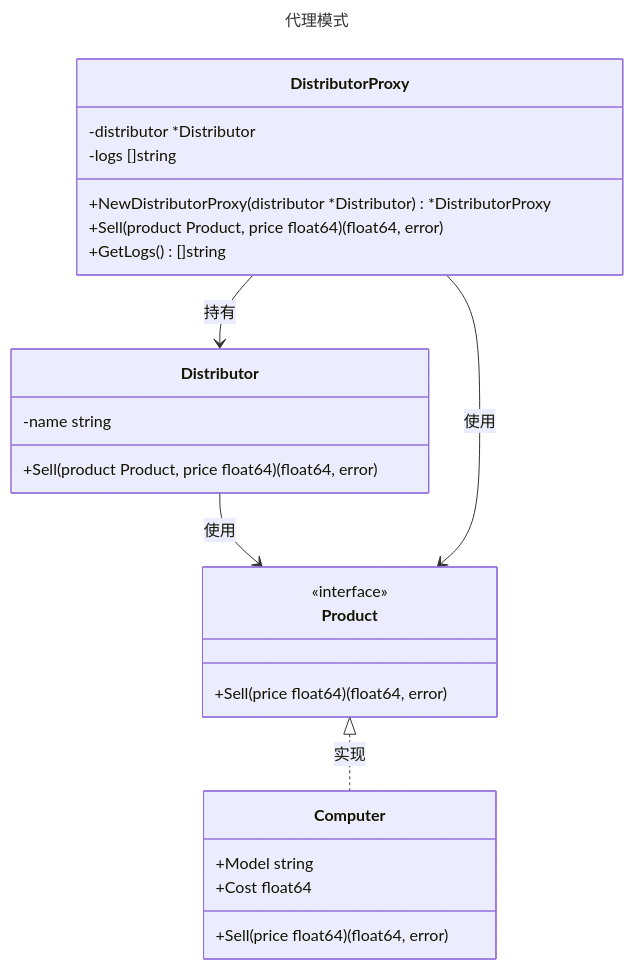
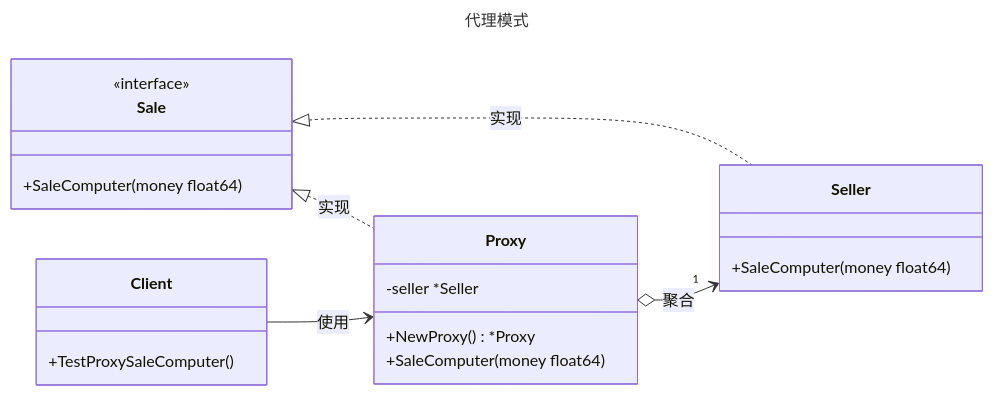
One commit to magicgopher/magicgopher-blog changed the diagram in docs/zh/后端/01-Golang/03-Golang设计模式/08-代理模式.md. Above: the diagram before and after it, drawn with Mermaid. The commit also changed other lines of this file and 7 other files, not shown here.

````diff
--- a/docs/zh/后端/01-Golang/03-Golang设计模式/08-代理模式.md
+++ b/docs/zh/后端/01-Golang/03-Golang设计模式/08-代理模式.md
@@ -29,34 +29,36 @@
 ```mermaid
 ---
 title: 代理模式
 ---
 classDiagram
-    class Product {
+    direction LR
+
+    %% 抽象主题（销售接口）
+    class Sale {
         <<interface>>
-        +Sell(price float64) (float64, error)
+        +SaleComputer(money float64)
     }
 
-    class Computer {
-        +Model string
-        +Cost float64
-        +Sell(price float64) (float64, error)
+    %% 真实主题（经销商）
+    class Seller {
+        +SaleComputer(money float64)
     }
 
-    class Distributor {
-        -name string
-        +Sell(product Product, price float64) (float64, error)
+    %% 代理（代理经销商）
+    class Proxy {
+        -seller *Seller
+        +NewProxy() *Proxy
+        +SaleComputer(money float64)
     }
 
-    class DistributorProxy {
-        -distributor *Distributor
-        -logs []string
-        +NewDistributorProxy(distributor *Distributor) *DistributorProxy
-        +Sell(product Product, price float64) (float64, error)
-        +GetLogs() []string
+    %% 客户端
+    class Client {
+        +TestProxySaleComputer()
     }
 
-    Product <|.. Computer : 实现
-    Distributor --> Product : 使用
-    DistributorProxy --> Distributor : 持有
-    DistributorProxy --> Product : 使用
+    %% 关系描述
+    Sale <|.. Seller : 实现
+    Sale <|.. Proxy : 实现
+    Proxy o--> "1" Seller : 聚合
+    Client --> Proxy : 使用
 ```
````
